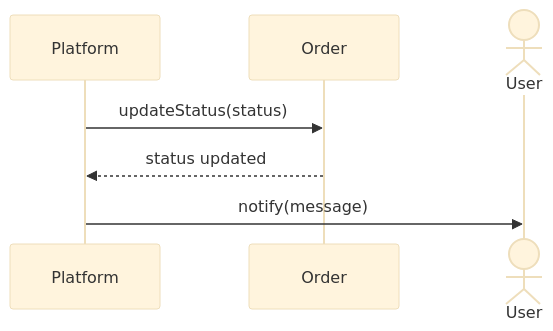
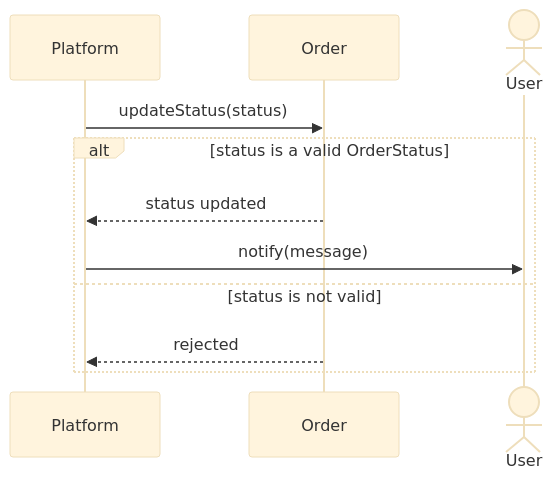
One commit to rakanjazzar-eng/holbertonschool-UML-PROJECT changed the diagram in sequence_update_status.mmd. Above: the diagram before and after it, drawn with Mermaid (base theme). The commit also changed 3 other files, not shown here.

Commit message:
Show associations and dependencies in class diagram, add alt flows to sequence diagrams

```diff
--- a/sequence_update_status.mmd
+++ b/sequence_update_status.mmd
@@ -1,8 +1,13 @@
 sequenceDiagram
     participant Platform
     participant Order
     actor User
 
     Platform->>Order: updateStatus(status)
-    Order-->>Platform: status updated
-    Platform->>User: notify(message)
+
+    alt status is a valid OrderStatus
+        Order-->>Platform: status updated
+        Platform->>User: notify(message)
+    else status is not valid
+        Order-->>Platform: rejected
+    end
```
